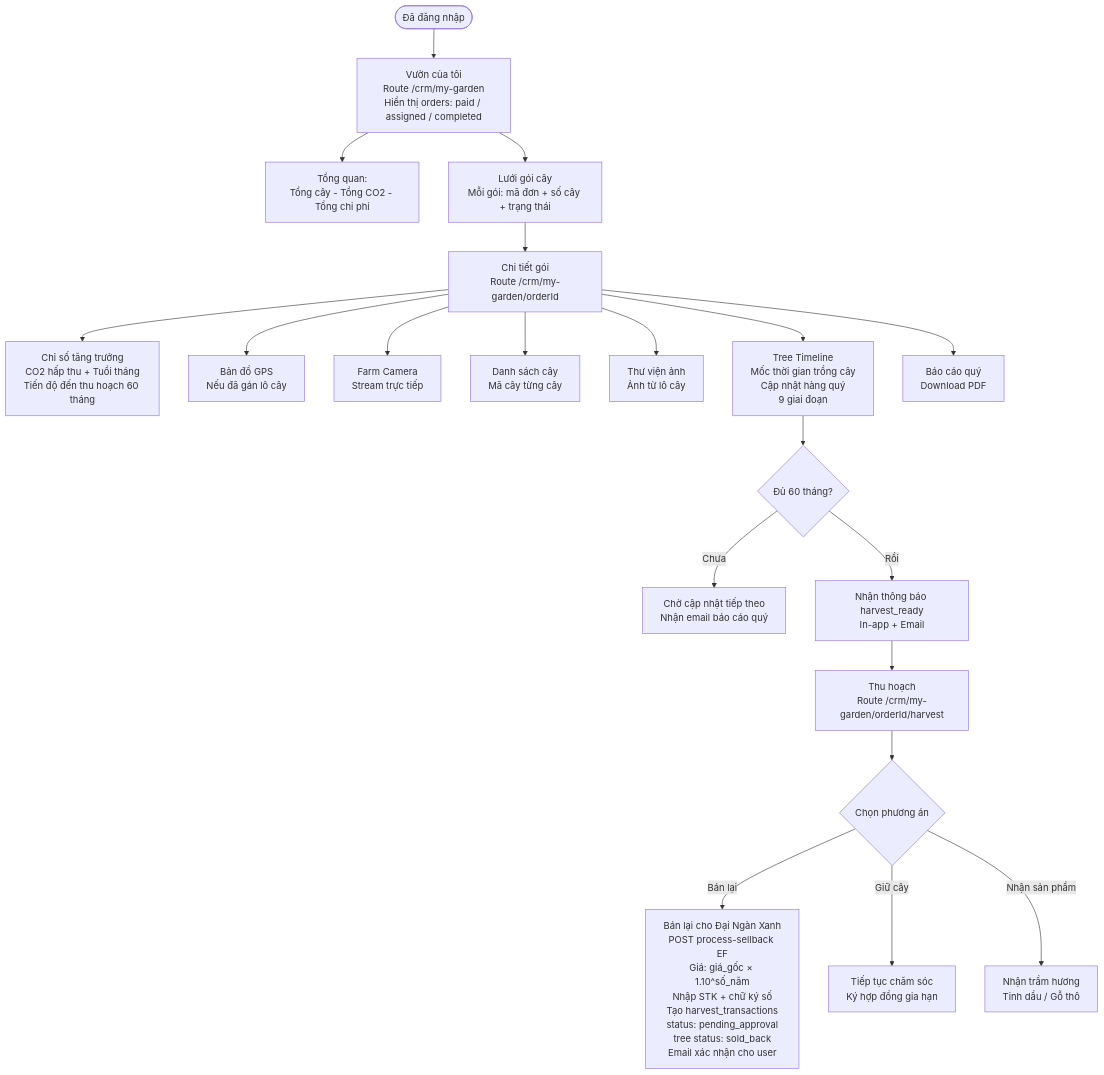
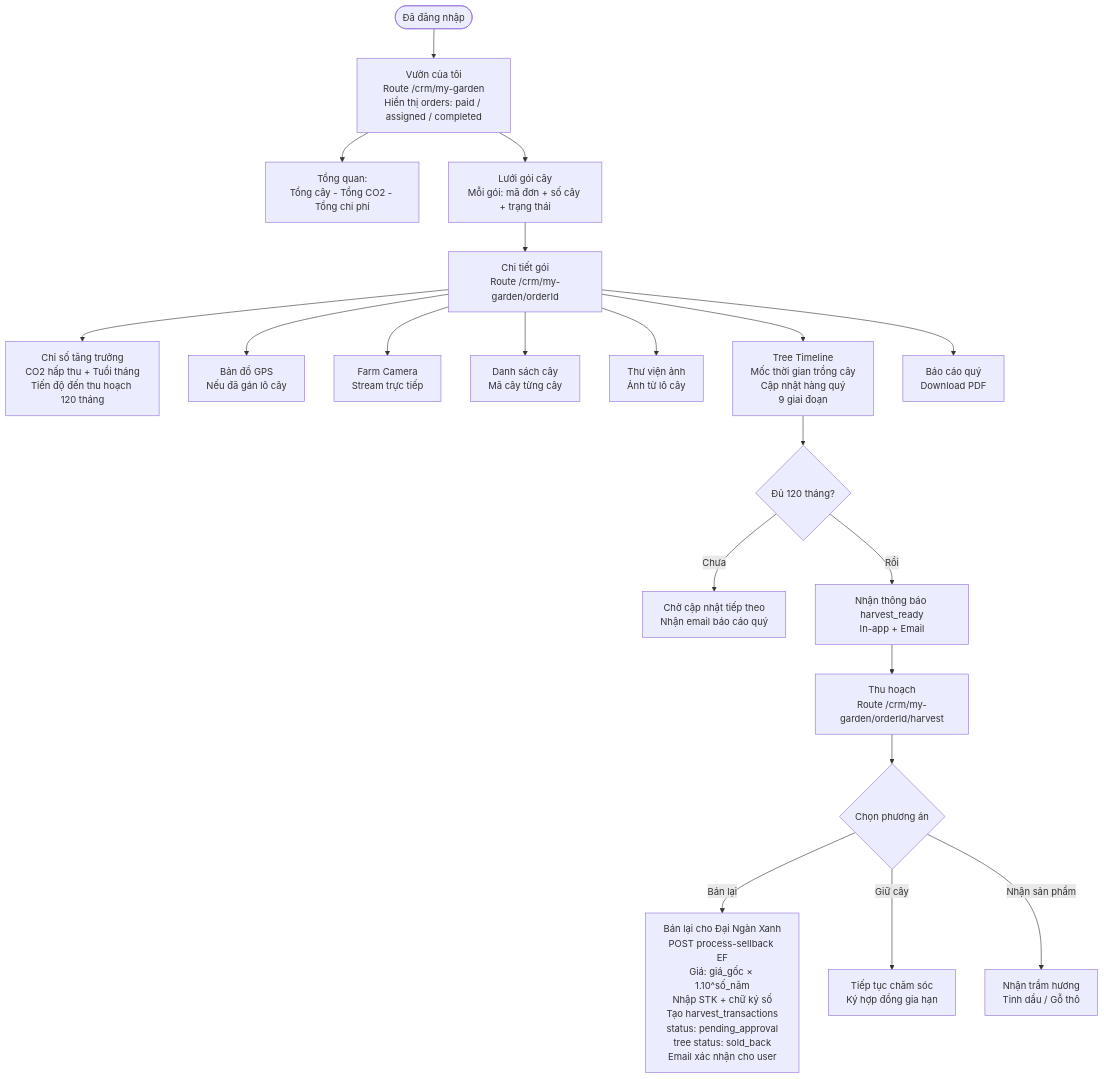
One commit to deptrai/dainganxanh changed the first of 2 diagrams in docs/userflows/04-tree-tracking.md. Above: the diagram before and after it, drawn with Mermaid. The commit also changed other lines of this file and 14 other files, not shown here.

````diff
--- a/docs/userflows/04-tree-tracking.md
+++ b/docs/userflows/04-tree-tracking.md
@@ -14,27 +14,27 @@
 ```mermaid
 flowchart TD
     Login([Đã đăng nhập]) --> Garden[Vườn của tôi\nRoute /crm/my-garden\nHiển thị orders: paid / assigned / completed]
 
     Garden --> Summary[Tổng quan:\nTổng cây - Tổng CO2 - Tổng chi phí]
     Garden --> PackageGrid[Lưới gói cây\nMỗi gói: mã đơn + số cây + trạng thái]
 
     PackageGrid --> PackageDetail[Chi tiết gói\nRoute /crm/my-garden/orderId]
 
-    PackageDetail --> GrowthMetrics[Chỉ số tăng trưởng\nCO2 hấp thu + Tuổi tháng\nTiến độ đến thu hoạch 60 tháng]
+    PackageDetail --> GrowthMetrics[Chỉ số tăng trưởng\nCO2 hấp thu + Tuổi tháng\nTiến độ đến thu hoạch 120 tháng]
     PackageDetail --> MapSection[Bản đồ GPS\nNếu đã gán lô cây]
     PackageDetail --> CameraSection[Farm Camera\nStream trực tiếp]
     PackageDetail --> TreeList[Danh sách cây\nMã cây từng cây]
     PackageDetail --> PhotoGallery[Thư viện ảnh\nẢnh từ lô cây]
     PackageDetail --> Timeline[Tree Timeline\nMốc thời gian trồng cây\nCập nhật hàng quý\n9 giai đoạn]
     PackageDetail --> Reports[Báo cáo quý\nDownload PDF]
 
-    Timeline --> MonthCheck{Đủ 60 tháng?}
+    Timeline --> MonthCheck{Đủ 120 tháng?}
     MonthCheck -->|Chưa| Wait[Chờ cập nhật tiếp theo\nNhận email báo cáo quý]
     MonthCheck -->|Rồi| HarvestNotif[Nhận thông báo harvest_ready\nIn-app + Email]
     HarvestNotif --> Harvest[Thu hoạch\nRoute /crm/my-garden/orderId/harvest]
 
     Harvest --> HarvestChoice{Chọn phương án}
     HarvestChoice -->|Bán lại| SellBack[Bán lại cho Đại Ngàn Xanh\nPOST process-sellback EF\nGiá: giá_gốc × 1.10^số_năm\nNhập STK + chữ ký số\nTạo harvest_transactions\nstatus: pending_approval\ntree status: sold_back\nEmail xác nhận cho user]
     HarvestChoice -->|Giữ cây| KeepGrow[Tiếp tục chăm sóc\nKý hợp đồng gia hạn]
     HarvestChoice -->|Nhận sản phẩm| GetProduct[Nhận trầm hương\nTinh dầu / Gỗ thô]
 ```
````
